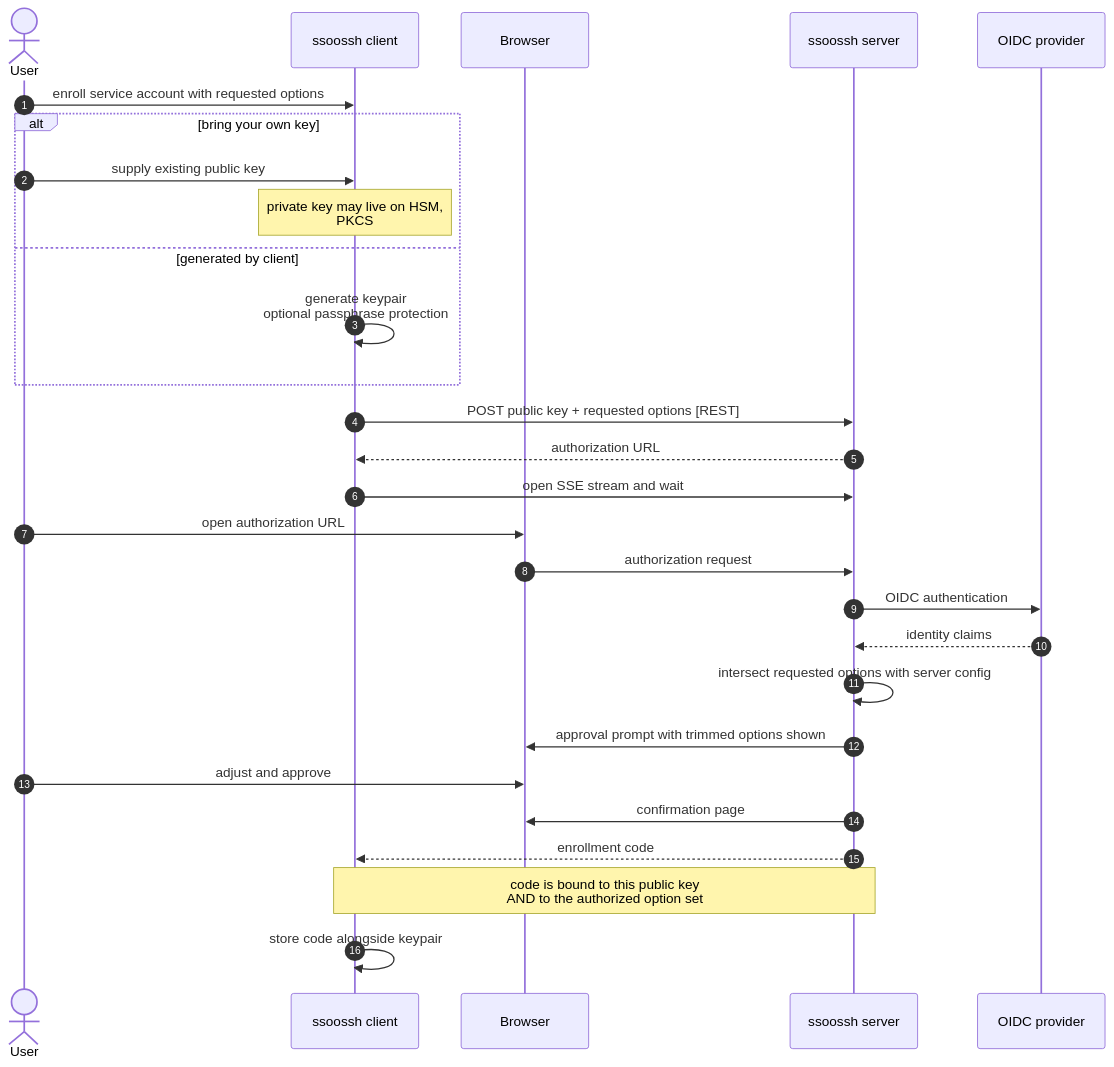
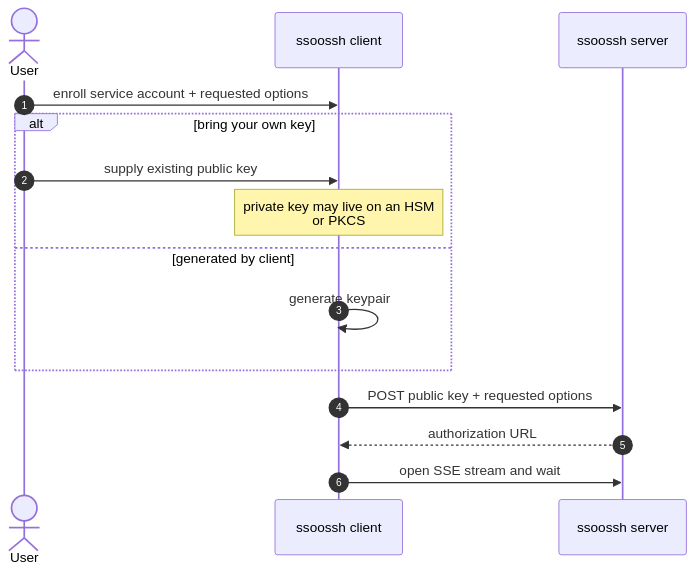
Before and after one commit to mnestor/ssoossh: the seventh of 11 diagrams in docs/flows.md, drawn with Mermaid. The commit also changed other lines of this file and 81 other files, not shown here.

````diff
--- a/docs/flows.md
+++ b/docs/flows.md
@@ -173,34 +174,18 @@
 ```mermaid
 sequenceDiagram
     autonumber
     actor User
     participant Client as ssoossh client
-    participant Browser
     participant Server as ssoossh server
-    participant IdP as OIDC provider
 
-    User->>Client: enroll service account with requested options
+    User->>Client: enroll service account + requested options
     alt bring your own key
         User->>Client: supply existing public key
-        Note over Client: private key may live on HSM,<br/>PKCS#11 token, or encrypted file<br/>ssoossh never sees it
+        Note over Client: private key may live on an HSM<br/>or PKCS#11 token; ssoossh never sees it
     else generated by client
-        Client->>Client: generate keypair<br/>optional passphrase protection
+        Client->>Client: generate keypair
     end
-
-    Client->>Server: POST public key + requested options [REST]
+    Client->>Server: POST public key + requested options
     Server-->>Client: authorization URL
     Client->>Server: open SSE stream and wait
-
-    User->>Browser: open authorization URL
-    Browser->>Server: authorization request
-    Server->>IdP: OIDC authentication
-    IdP-->>Server: identity claims
-    Server->>Server: intersect requested options with server config
-    Server->>Browser: approval prompt with trimmed options shown
-    User->>Browser: adjust and approve
-    Server->>Browser: confirmation page
-
-    Server-->>Client: enrollment code
-    Note over Server,Client: code is bound to this public key<br/>AND to the authorized option set
-    Client->>Client: store code alongside keypair
 ```
````
